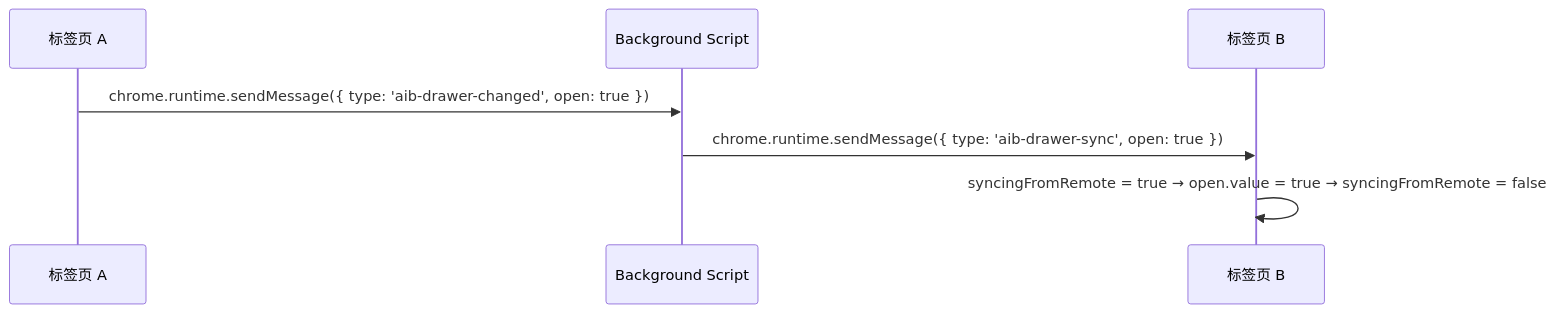
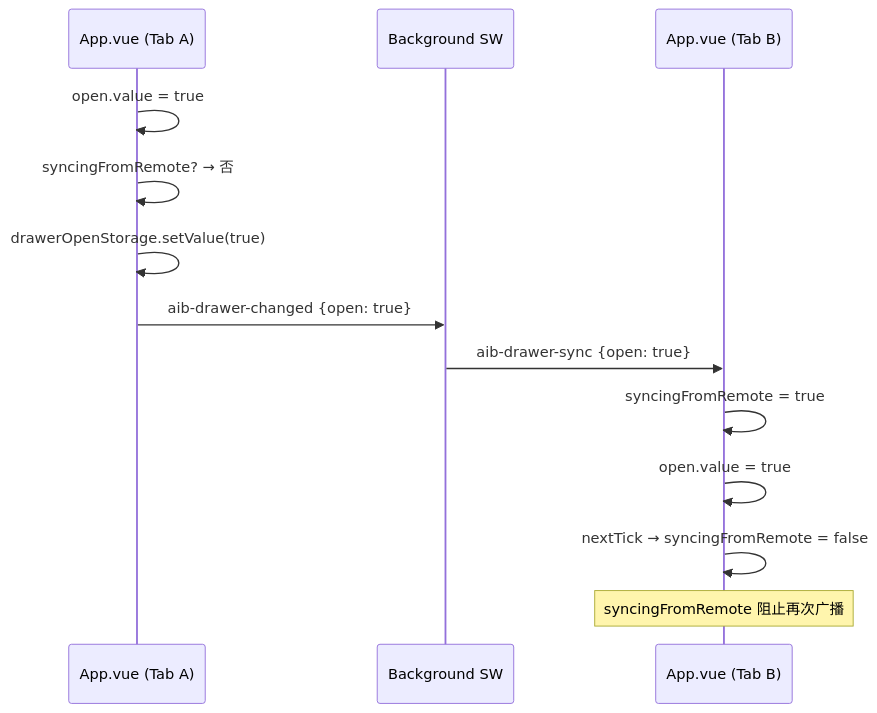
Before and after one commit to zw123zw/ai-browser: the fourth of 8 diagrams in docs/architecture/content-script.md, drawn with Mermaid. The commit also changed other lines of this file and 42 other files, not shown here.

````diff
--- a/docs/architecture/content-script.md
+++ b/docs/architecture/content-script.md
@@ -108,10 +181,17 @@
 ```mermaid
 sequenceDiagram
-    participant TabA as 标签页 A
-    participant BG as Background Script
-    participant TabB as 标签页 B
+    participant App as App.vue (Tab A)
+    participant BG as Background SW
+    participant App2 as App.vue (Tab B)
 
-    TabA->>BG: chrome.runtime.sendMessage({ type: 'aib-drawer-changed', open: true })
-    BG->>TabB: chrome.runtime.sendMessage({ type: 'aib-drawer-sync', open: true })
-    TabB->>TabB: syncingFromRemote = true → open.value = true → syncingFromRemote = false
+    App->>App: open.value = true
+    App->>App: syncingFromRemote? → 否
+    App->>App: drawerOpenStorage.setValue(true)
+    App->>BG: aib-drawer-changed {open: true}
+
+    BG->>App2: aib-drawer-sync {open: true}
+    App2->>App2: syncingFromRemote = true
+    App2->>App2: open.value = true
+    App2->>App2: nextTick → syncingFromRemote = false
+    Note over App2: syncingFromRemote 阻止再次广播
 ```
````
